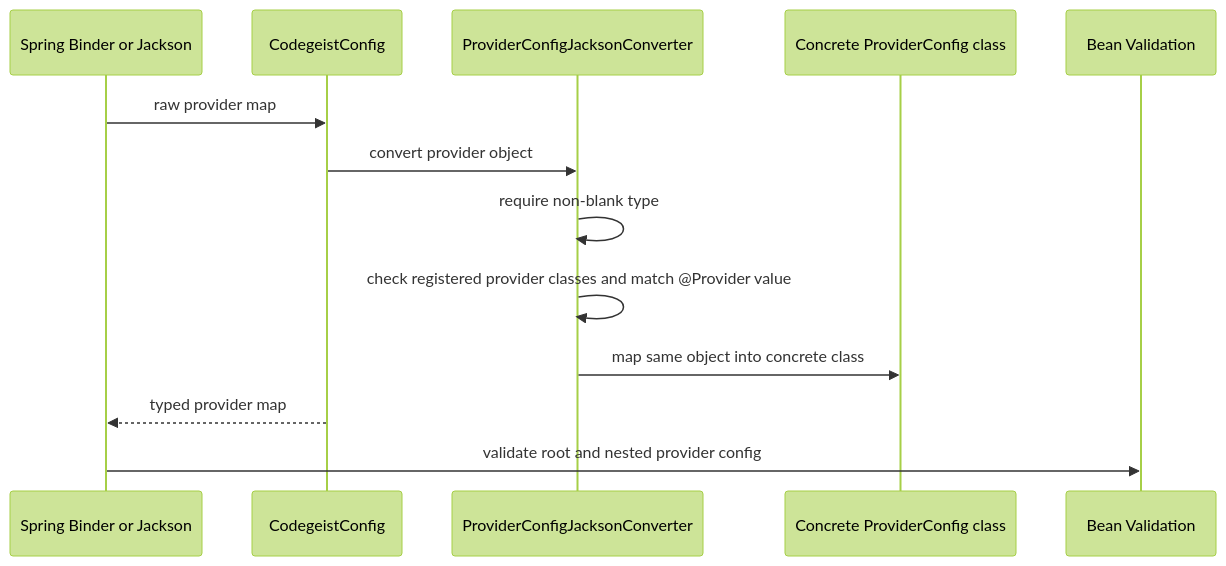
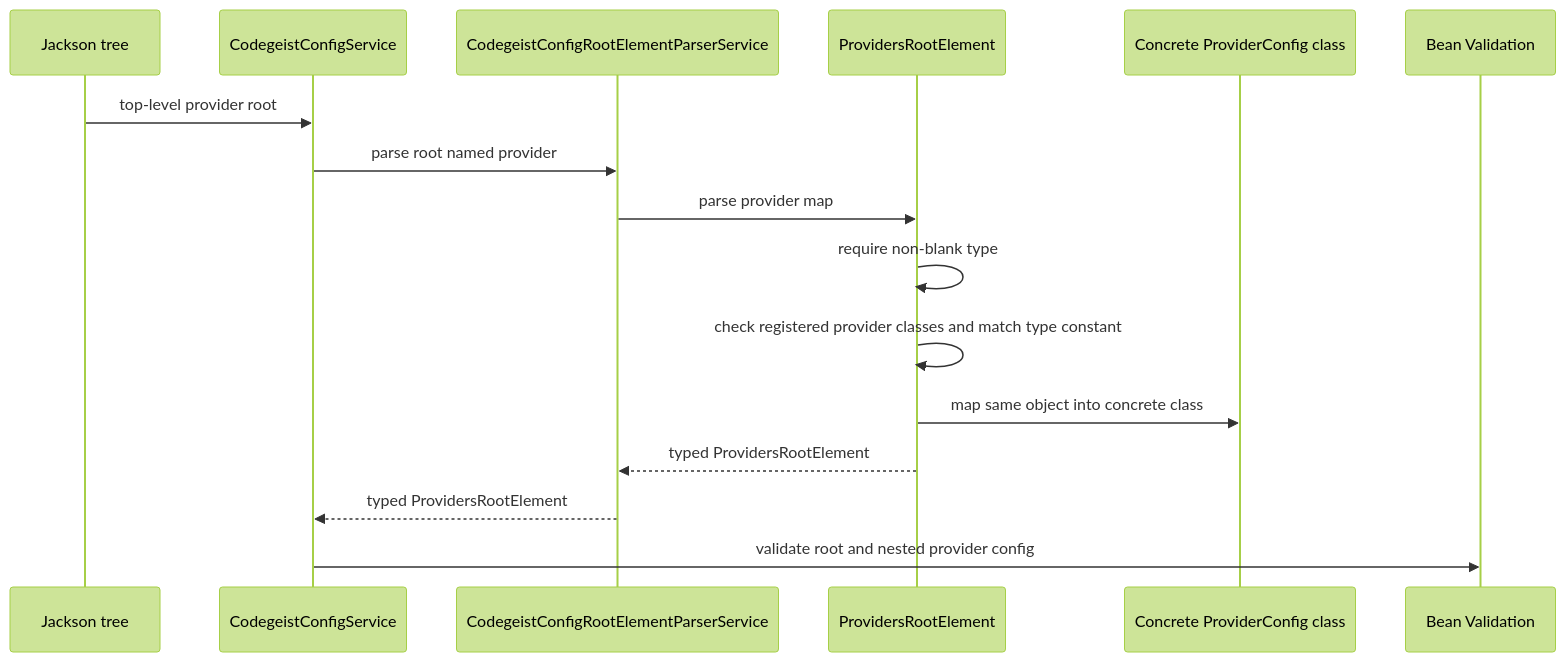
One commit to codegeist-ai/codegeist changed the third of 5 diagrams in docs/developer/architecture/provider-configuration.md. Above: the diagram before and after it, drawn with Mermaid (forest theme). The commit also changed other lines of this file and 48 other files, not shown here.

First line of the commit message:
feat(config): add generic root element parsing

````diff
--- a/docs/developer/architecture/provider-configuration.md
+++ b/docs/developer/architecture/provider-configuration.md
@@ -246,16 +306,19 @@
 ```mermaid
 sequenceDiagram
-    participant Binder as Spring Binder or Jackson
-    participant Config as CodegeistConfig#setProvider
-    participant Converter as ProviderConfigJacksonConverter
+    participant Source as Jackson tree
+    participant Service as CodegeistConfigService
+    participant ParserService as CodegeistConfigRootElementParserService
+    participant Root as ProvidersRootElement
     participant ProviderClass as Concrete ProviderConfig class
     participant Validator as Bean Validation
 
-    Binder->>Config: raw provider map
-    Config->>Converter: convert provider object
-    Converter->>Converter: require non-blank type
-    Converter->>Converter: check registered provider classes and match @Provider value
-    Converter->>ProviderClass: map same object into concrete class
-    Config-->>Binder: typed provider map
-    Binder->>Validator: validate root and nested provider config
+    Source->>Service: top-level provider root
+    Service->>ParserService: parse root named provider
+    ParserService->>Root: parse provider map
+    Root->>Root: require non-blank type
+    Root->>Root: check registered provider classes and match type constant
+    Root->>ProviderClass: map same object into concrete class
+    Root-->>ParserService: typed ProvidersRootElement
+    ParserService-->>Service: typed ProvidersRootElement
+    Service->>Validator: validate root and nested provider config
 ```
````
